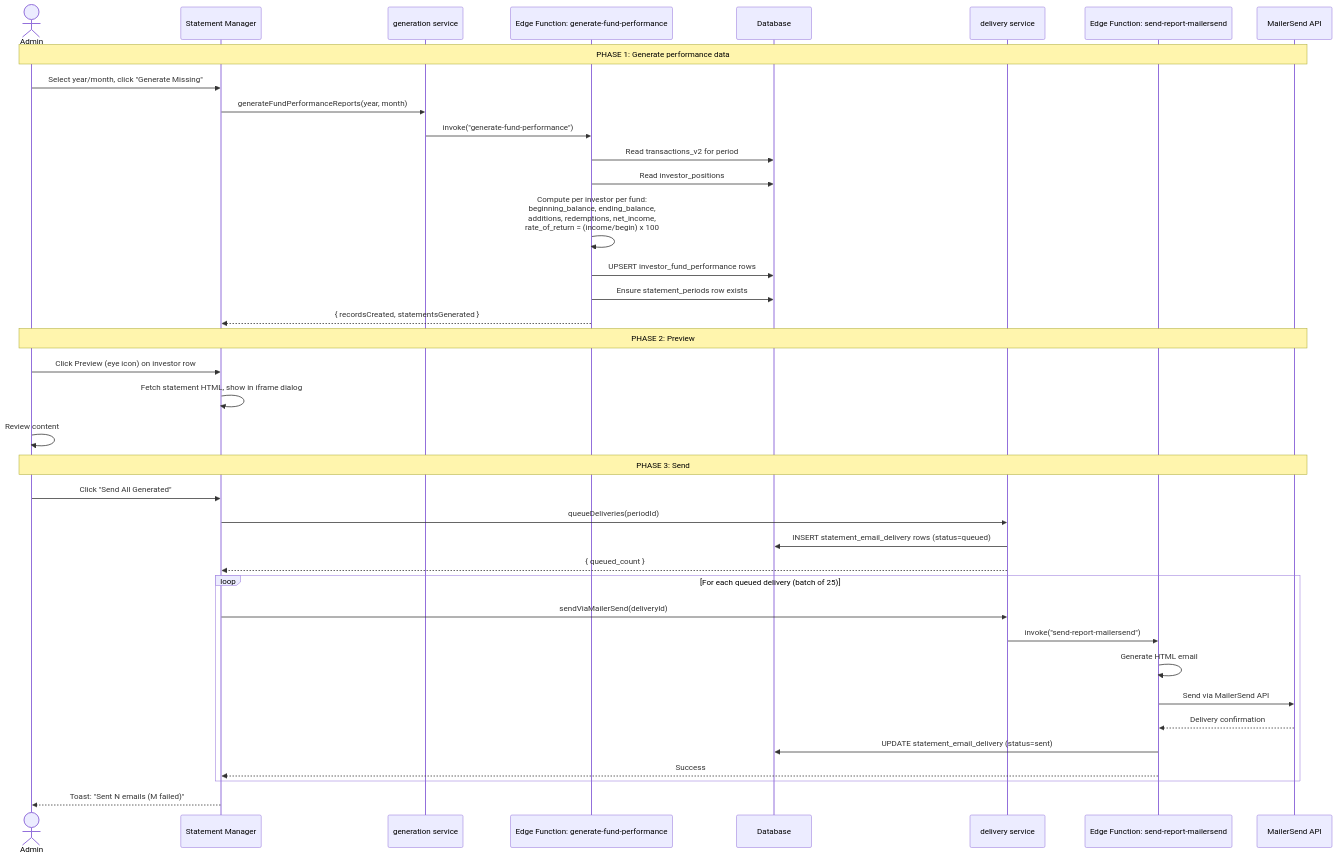
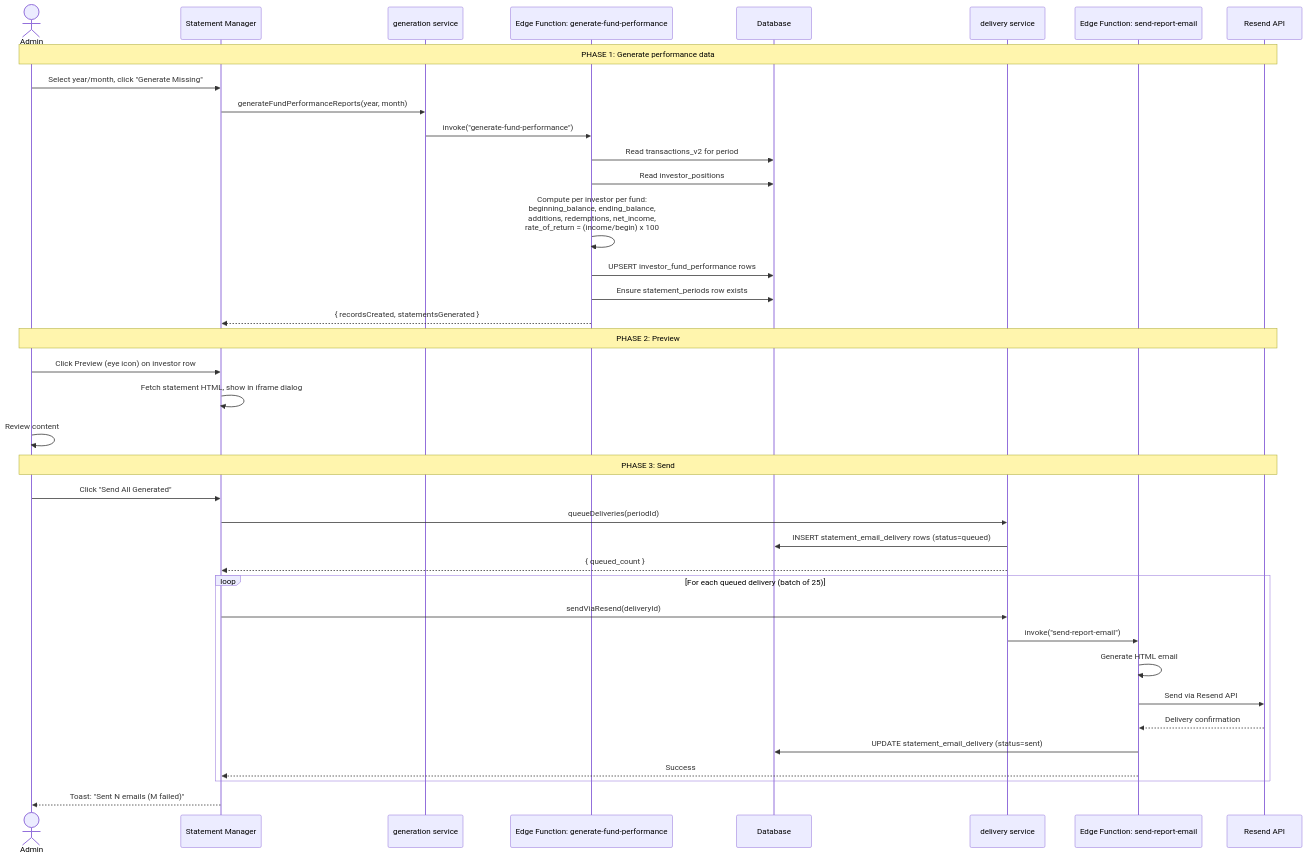
The eighth of 12 diagrams in docs/PLATFORM_FLOWCHARTS.md (hamstamgram/indigo-yield-platform-b7f7795a), drawn with Mermaid before and after one commit. The commit also changed 1 other file, not shown here.

Commit message:
Renamed Resend report edge fn

````diff
--- a/docs/PLATFORM_FLOWCHARTS.md
+++ b/docs/PLATFORM_FLOWCHARTS.md
@@ -474,49 +474,49 @@
 ```mermaid
 sequenceDiagram
     actor Admin
     participant UI as Statement Manager
     participant GenSvc as generation service
     participant EF as Edge Function: generate-fund-performance
     participant DB as Database
     participant DelSvc as delivery service
-    participant Mail as Edge Function: send-report-mailersend
-    participant Email as MailerSend API
+    participant Mail as Edge Function: send-report-email
+    participant Email as Resend API
 
     Note over Admin,Email: PHASE 1: Generate performance data
 
     Admin->>UI: Select year/month, click "Generate Missing"
     UI->>GenSvc: generateFundPerformanceReports(year, month)
     GenSvc->>EF: invoke("generate-fund-performance")
 
     EF->>DB: Read transactions_v2 for period
     EF->>DB: Read investor_positions
     EF->>EF: Compute per investor per fund:<br/>beginning_balance, ending_balance,<br/>additions, redemptions, net_income,<br/>rate_of_return = (income/begin) x 100
     EF->>DB: UPSERT investor_fund_performance rows
     EF->>DB: Ensure statement_periods row exists
     EF-->>UI: { recordsCreated, statementsGenerated }
 
     Note over Admin,Email: PHASE 2: Preview
 
     Admin->>UI: Click Preview (eye icon) on investor row
     UI->>UI: Fetch statement HTML, show in iframe dialog
     Admin->>Admin: Review content
 
     Note over Admin,Email: PHASE 3: Send
 
     Admin->>UI: Click "Send All Generated"
     UI->>DelSvc: queueDeliveries(periodId)
     DelSvc->>DB: INSERT statement_email_delivery rows (status=queued)
     DelSvc-->>UI: { queued_count }
 
     loop For each queued delivery (batch of 25)
-        UI->>DelSvc: sendViaMailerSend(deliveryId)
-        DelSvc->>Mail: invoke("send-report-mailersend")
+        UI->>DelSvc: sendViaResend(deliveryId)
+        DelSvc->>Mail: invoke("send-report-email")
         Mail->>Mail: Generate HTML email
-        Mail->>Email: Send via MailerSend API
+        Mail->>Email: Send via Resend API
         Email-->>Mail: Delivery confirmation
         Mail->>DB: UPDATE statement_email_delivery (status=sent)
         Mail-->>UI: Success
     end
 
     UI-->>Admin: Toast: "Sent N emails (M failed)"
 ```
````
